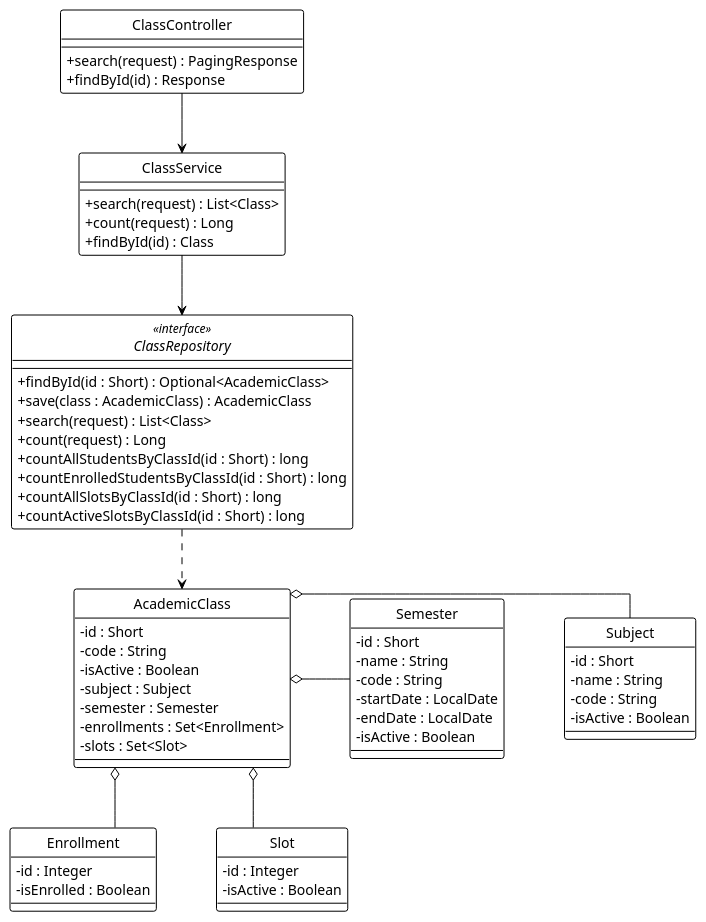
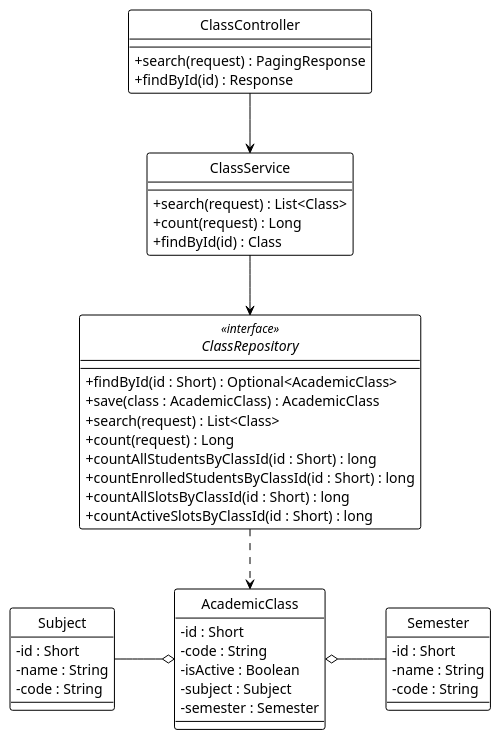
One commit to Ndh474/context changed the diagram in system_detailed_design/23_view_list_class/class_diagram_view_list_class.puml. Above: the diagram before and after it, drawn with PlantUML. The commit also changed 17 other files, not shown here.

```diff
--- a/system_detailed_design/23_view_list_class/class_diagram_view_list_class.puml
+++ b/system_detailed_design/23_view_list_class/class_diagram_view_list_class.puml
@@ -1,86 +1,68 @@
 @startuml view_list_class
 !theme plain
 hide circle
 skinparam classAttributeIconSize 0
 
 ' --- CẤU HÌNH "ORTHO" (BẮT BUỘC) ---
 skinparam linetype ortho
 skinparam nodesep 60
 skinparam ranksep 60
 
 ' --- CONTROLLER ---
 class ClassController {
   + search(request) : PagingResponse
   + findById(id) : Response
 }
 
 ' --- SERVICE ---
 class ClassService {
   + search(request) : List<Class>
   + count(request) : Long
   + findById(id) : Class
 }
 
 ' --- REPOSITORY ---
 interface ClassRepository <<interface>> {
   + findById(id : Short) : Optional<AcademicClass>
   + save(class : AcademicClass) : AcademicClass
   + search(request) : List<Class>
   + count(request) : Long
   + countAllStudentsByClassId(id : Short) : long
   + countEnrolledStudentsByClassId(id : Short) : long
   + countAllSlotsByClassId(id : Short) : long
   + countActiveSlotsByClassId(id : Short) : long
 }
 
 ' --- ENTITIES ---
 class AcademicClass {
   - id : Short
   - code : String
   - isActive : Boolean
   - subject : Subject
   - semester : Semester
-  - enrollments : Set<Enrollment>
-  - slots : Set<Slot>
 }
 
 class Subject {
   - id : Short
   - name : String
   - code : String
-  - isActive : Boolean
 }
 
 class Semester {
   - id : Short
   - name : String
   - code : String
-  - startDate : LocalDate
-  - endDate : LocalDate
-  - isActive : Boolean
-}
-
-class Enrollment {
-  - id : Integer
-  - isEnrolled : Boolean
-}
-
-class Slot {
-  - id : Integer
-  - isActive : Boolean
 }
 
 ' --- DEPENDENCY INJECTION (Association) ---
 ClassController -down-> ClassService
 ClassService -down-> ClassRepository
 
 ' --- REPOSITORY USAGE (Dependency) ---
 ClassRepository .down.> AcademicClass
 
 ' --- ENTITY RELATIONSHIPS (Aggregation) ---
-AcademicClass o-right- Subject
+AcademicClass o-left- Subject
 AcademicClass o-right- Semester
-AcademicClass o-down- Enrollment
-AcademicClass o-down- Slot
 
 @enduml
```
